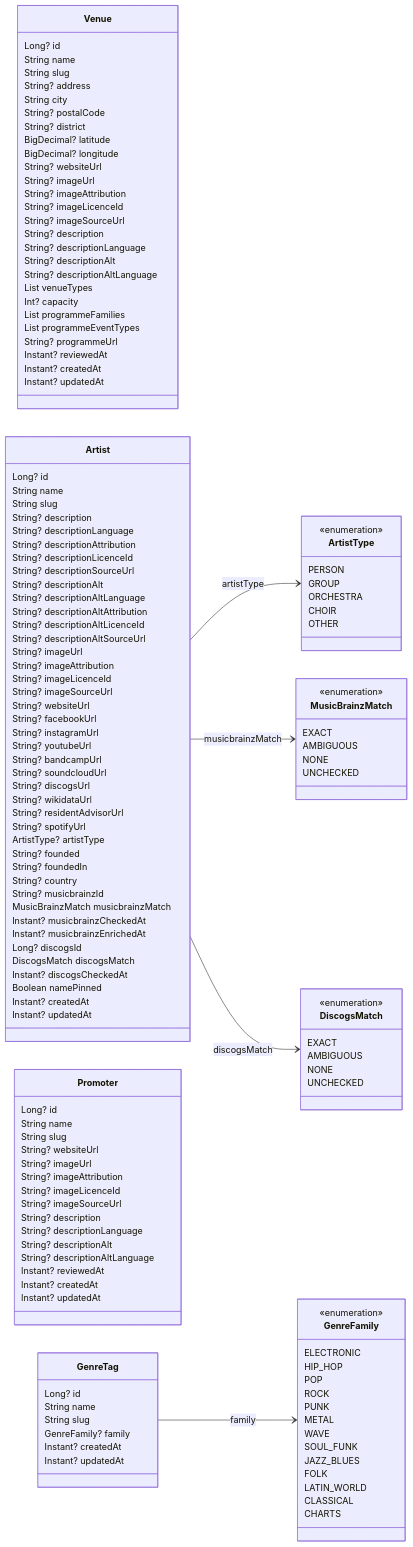
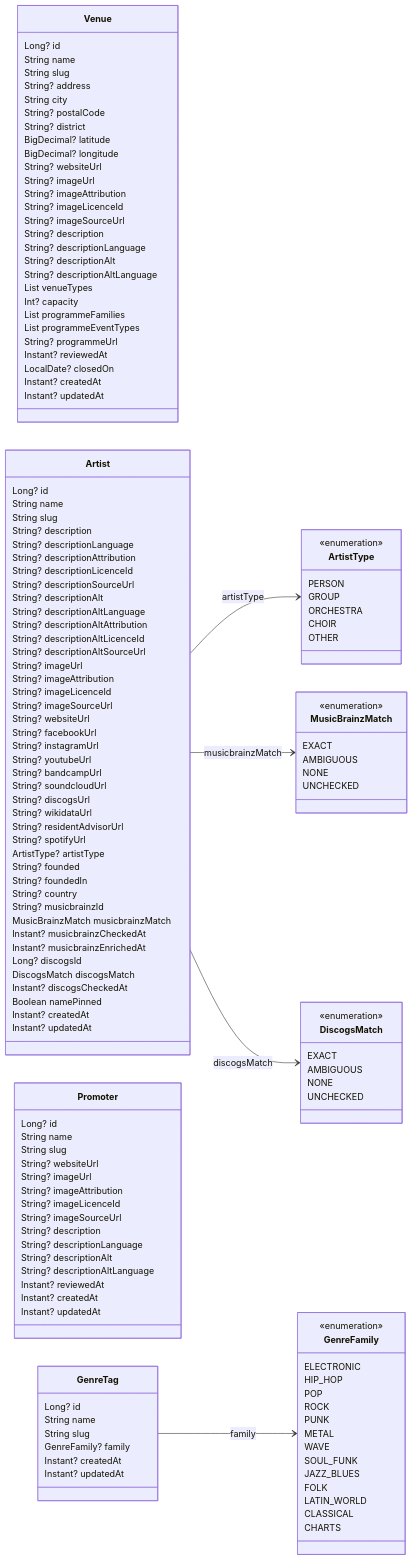
The diagram in docs/DATA_MODEL.md (enorm-labs/event-junkie), drawn with Mermaid before and after one commit. The commit also changed other lines of this file and 30 other files, not shown here.

```diff
--- a/docs/DATA_MODEL.md
+++ b/docs/DATA_MODEL.md
@@ -51,6 +51,7 @@
         List programmeEventTypes
         String? programmeUrl
         Instant? reviewedAt
+        LocalDate? closedOn
         Instant? createdAt
         Instant? updatedAt
     }
```
